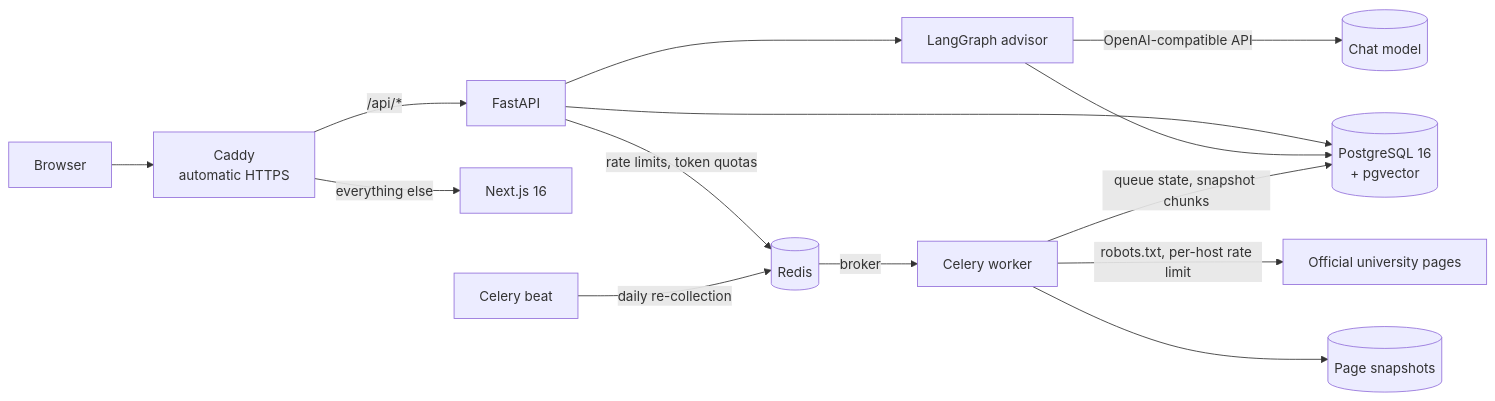
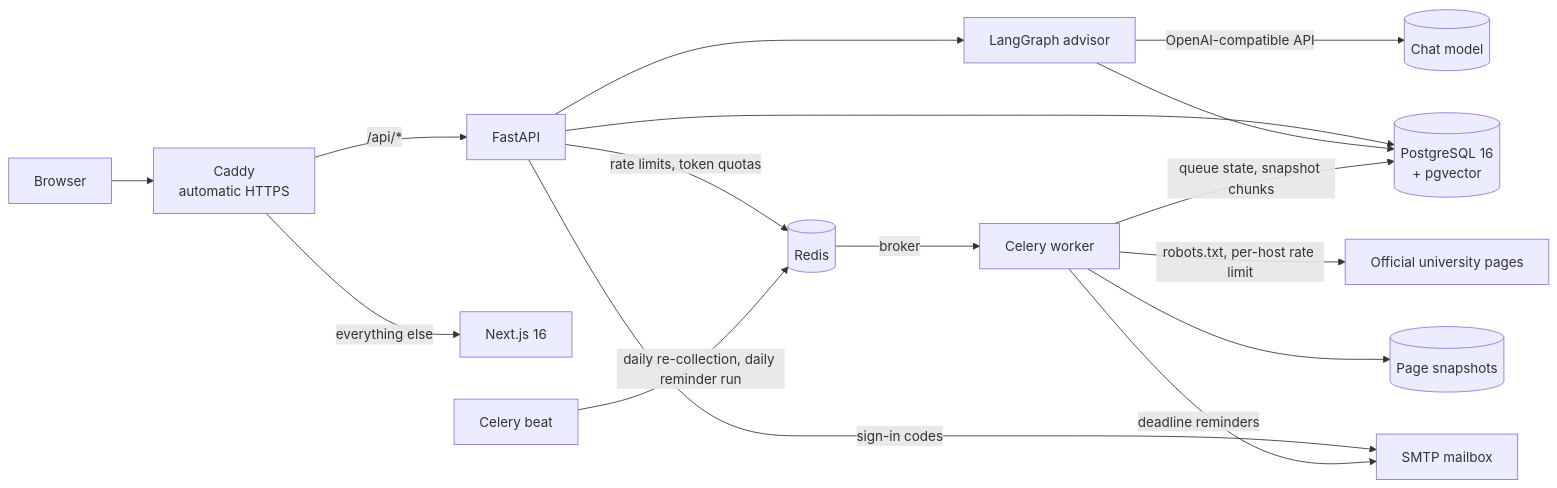
The first of 2 diagrams in README.md (MortyYJT/LeapAshore), drawn with Mermaid before and after one commit. The commit also changed other lines of this file and 2 other files, not shown here.

Commit message:
docs(readme): status matches what is live: sign-in, reminders, materials, advisor tools (#115)

````diff
--- a/README.md
+++ b/README.md
@@ -69,16 +71,18 @@
 ```mermaid
 flowchart LR
     B[Browser] --> C[Caddy<br/>automatic HTTPS]
     C -->|/api/*| A[FastAPI]
     C -->|everything else| W[Next.js 16]
     A --> G[LangGraph advisor]
     G -->|OpenAI-compatible API| L[(Chat model)]
     A --> P[(PostgreSQL 16<br/>+ pgvector)]
     G --> P
     A -->|rate limits, token quotas| R[(Redis)]
-    BT[Celery beat] -->|daily re-collection| R
+    BT[Celery beat] -->|daily re-collection, daily reminder run| R
     R -->|broker| WK[Celery worker]
     WK -->|robots.txt, per-host rate limit| U[Official university pages]
     WK --> S[(Page snapshots)]
     WK -->|queue state, snapshot chunks| P
+    A -->|sign-in codes| ML[SMTP mailbox]
+    WK -->|deadline reminders| ML
 ```
````
